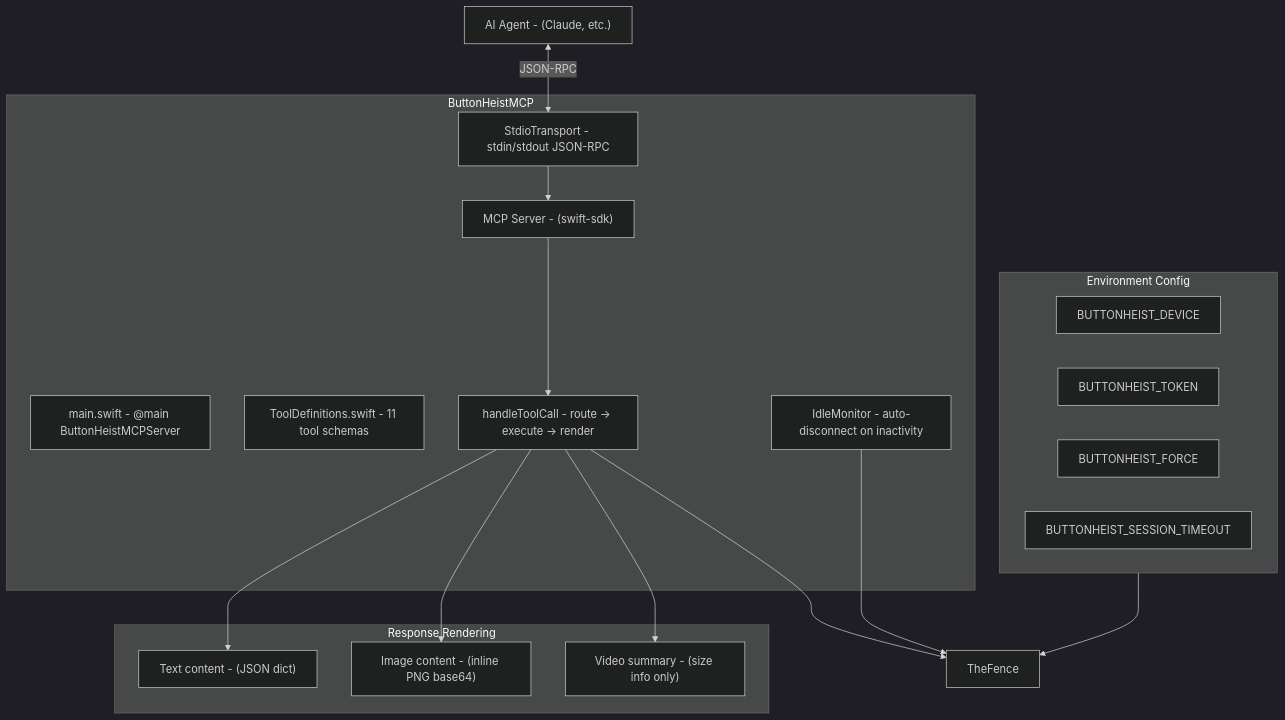
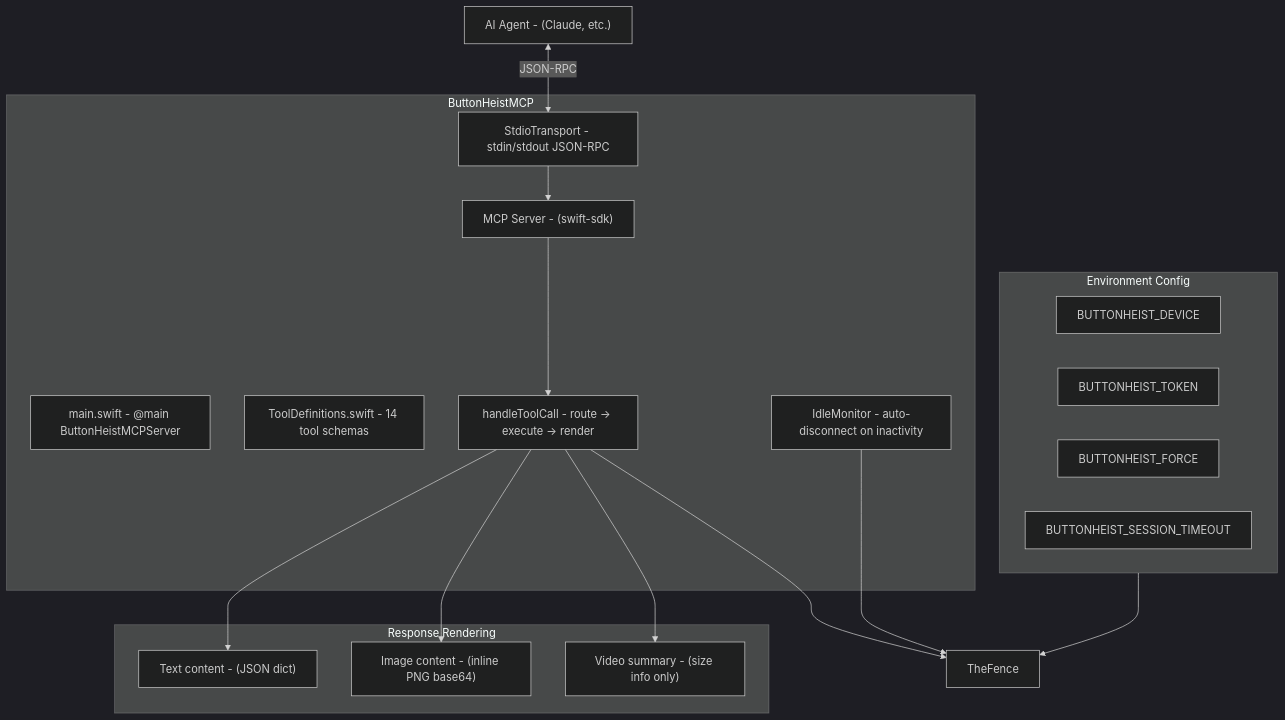
One commit to RoyalPineapple/TheButtonHeist changed the first of 3 diagrams in docs/dossiers/12-MCP.md. Above: the diagram before and after it, drawn with Mermaid (dark theme). The commit also changed other lines of this file and 5 other files, not shown here.

````diff
--- a/docs/dossiers/12-MCP.md
+++ b/docs/dossiers/12-MCP.md
@@ -20,35 +20,35 @@
 ```mermaid
 graph TD
     subgraph MCP["ButtonHeistMCP"]
         Main["main.swift - @main ButtonHeistMCPServer"]
         Server["MCP Server - (swift-sdk)"]
         Transport["StdioTransport - stdin/stdout JSON-RPC"]
-        ToolDef["ToolDefinitions.swift - 11 tool schemas"]
+        ToolDef["ToolDefinitions.swift - 14 tool schemas"]
         Handler["handleToolCall - route → execute → render"]
         Idle["IdleMonitor - auto-disconnect on inactivity"]
     end
 
     subgraph Config["Environment Config"]
         Device["BUTTONHEIST_DEVICE"]
         Token["BUTTONHEIST_TOKEN"]
         Force["BUTTONHEIST_FORCE"]
         Timeout["BUTTONHEIST_SESSION_TIMEOUT"]
     end
 
     subgraph Rendering["Response Rendering"]
         TextContent["Text content - (JSON dict)"]
         ImageContent["Image content - (inline PNG base64)"]
         VideoSummary["Video summary - (size info only)"]
     end
 
     AIAgent["AI Agent - (Claude, etc.)"] <-->|JSON-RPC| Transport
     Transport --> Server
     Server --> Handler
     Handler --> TheFence["TheFence"]
     Config --> TheFence
     Idle --> TheFence
 
     Handler --> TextContent
     Handler --> ImageContent
     Handler --> VideoSummary
 ```
````
